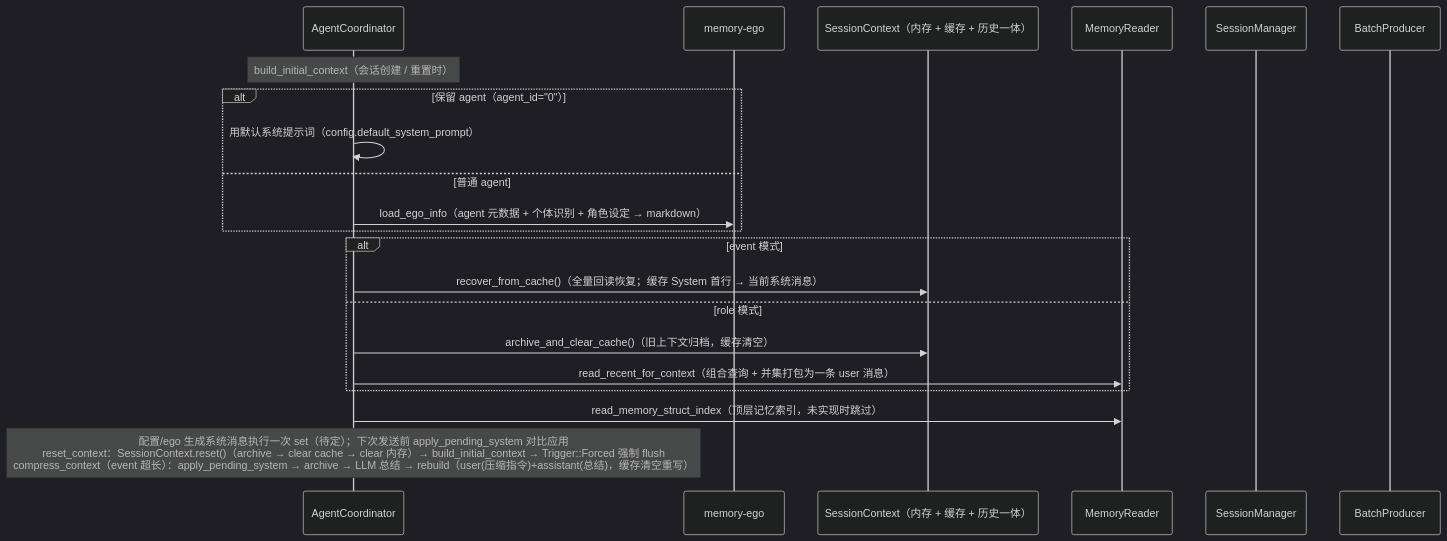
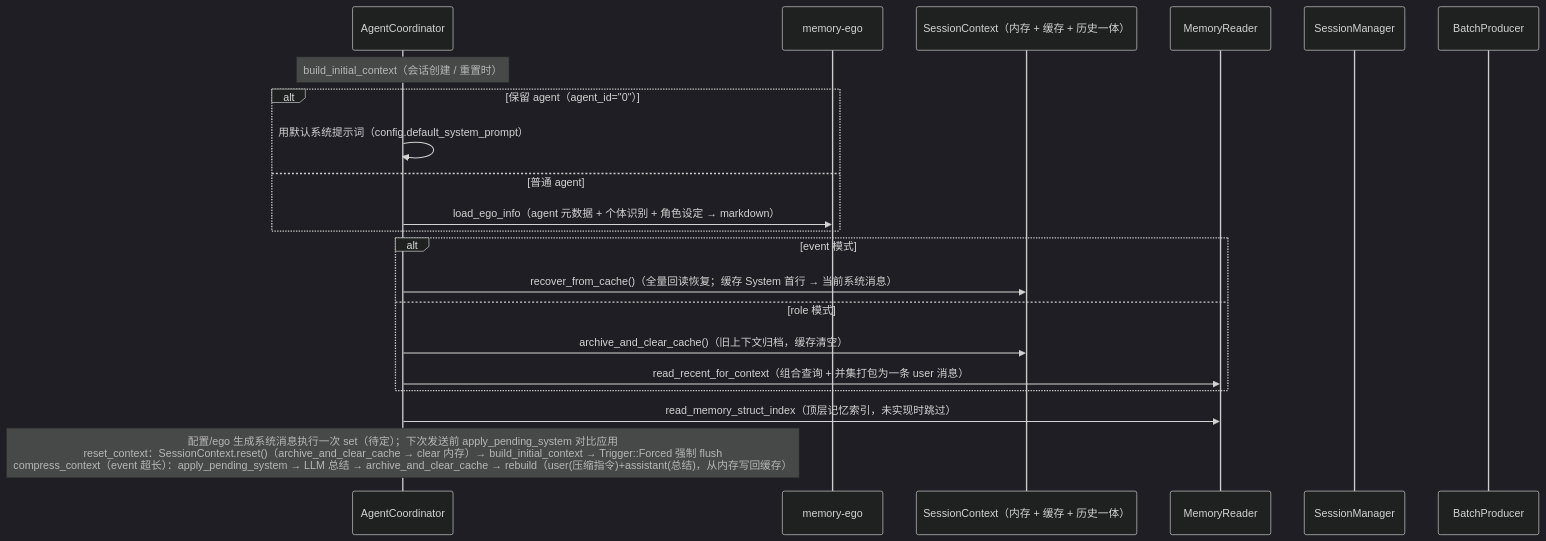
The fifth of 5 diagrams in docs/spec/kissbot-agent-modules.md (coldcloude/kissbot), drawn with Mermaid (dark theme) before and after one commit. The commit also changed 2 other files, not shown here.

Commit message:
refactor(agent): 归档与清空配对为 archive_and_clear_cache，压缩先总结后归档清理重写
- archive() 与 clear_cache() 并入 archive_and_clear_cache（归档与清空永远配对），
  删除两个独立方法；历史写入仍为内存（含 System 首行）直写，缓存清空幂等
- rewrite_cache 只负责从内存写回缓存（append_cache，新文件落 System 首行），
  不再负责清理；调用方（apply_pending_system / rebuild）保证先 archive_and_clear_cache
- compress_context 顺序修正：先基于当前 session 压缩（apply_pending_system → LLM 总结），
  压缩完成后 archive_and_clear_cache（归档当前上下文 + 清空缓存），再 rebuild 写回压缩后上下文，
  避免归档与清理之间隔着压缩
- apply_pending_system 的 archive+rewrite 改为 archive_and_clear_cache+rewrite；
  rebuild 仍只 rewrite
- 测试同步（归档测试改为验证 archive_and_clear_cache 行为），109 个全部通过；spec 文档同步

````diff
--- a/docs/spec/kissbot-agent-modules.md
+++ b/docs/spec/kissbot-agent-modules.md
@@ -186,24 +186,24 @@
 ```mermaid
 sequenceDiagram
     participant CO as AgentCoordinator
     participant EG as memory-ego
     participant SC as SessionContext（内存 + 缓存 + 历史一体）
     participant MR as MemoryReader
     participant SM as SessionManager
     participant BP as BatchProducer
 
     Note over CO: build_initial_context（会话创建 / 重置时）
     alt 保留 agent（agent_id="0"）
         CO->>CO: 用默认系统提示词（config.default_system_prompt）
     else 普通 agent
         CO->>EG: load_ego_info（agent 元数据 + 个体识别 + 角色设定 → markdown）
     end
     alt event 模式
         CO->>SC: recover_from_cache()（全量回读恢复；缓存 System 首行 → 当前系统消息）
     else role 模式
         CO->>SC: archive_and_clear_cache()（旧上下文归档，缓存清空）
         CO->>MR: read_recent_for_context（组合查询 + 并集打包为一条 user 消息）
     end
     CO->>MR: read_memory_struct_index（顶层记忆索引，未实现时跳过）
-    Note over CO: 配置/ego 生成系统消息执行一次 set（待定）；下次发送前 apply_pending_system 对比应用<br/>reset_context：SessionContext.reset()（archive → clear cache → clear 内存）→ build_initial_context → Trigger::Forced 强制 flush<br/>compress_context（event 超长）：apply_pending_system → archive → LLM 总结 → rebuild（user(压缩指令)+assistant(总结)，缓存清空重写）
+    Note over CO: 配置/ego 生成系统消息执行一次 set（待定）；下次发送前 apply_pending_system 对比应用<br/>reset_context：SessionContext.reset()（archive_and_clear_cache → clear 内存）→ build_initial_context → Trigger::Forced 强制 flush<br/>compress_context（event 超长）：apply_pending_system → LLM 总结 → archive_and_clear_cache → rebuild（user(压缩指令)+assistant(总结)，从内存写回缓存）
 ```
````
